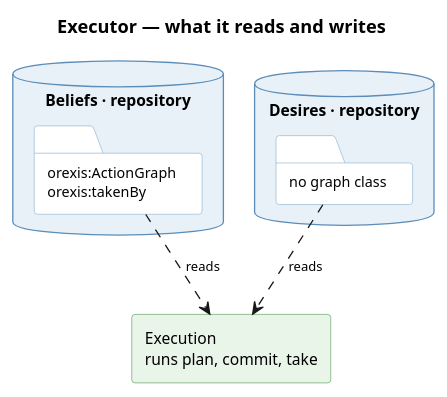
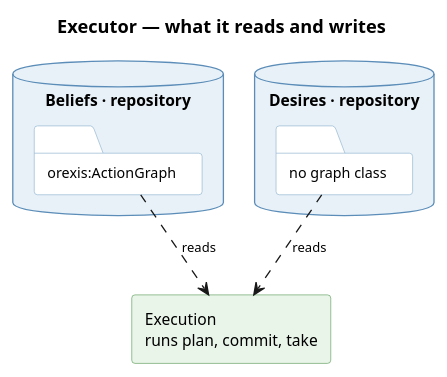
The diagram in knowledge/diagrams/service-executor.puml (ShishkinDmitriy/orexis), drawn with PlantUML before and after one commit. The commit also changed 23 other files, not shown here.

```diff
--- a/knowledge/diagrams/service-executor.puml
+++ b/knowledge/diagrams/service-executor.puml
@@ -1,38 +1,38 @@
 @startuml service-executor
 title Executor — what it reads and writes
 
 skinparam componentStyle rectangle
 skinparam shadowing false
 skinparam defaultFontSize 12
 skinparam titleFontSize 14
 skinparam ArrowFontSize 10
 skinparam database {
   BackgroundColor #E8F1F8
   BorderColor #5B8DB8
 }
 skinparam folder {
   BackgroundColor #FFFFFF
   BorderColor #8FB4D0
   FontSize 11
 }
 skinparam component {
   BackgroundColor #EAF5EA
   BorderColor #5E9E5E
 }
 
 
 database "Beliefs · repository" as BEL {
-  folder "orexis:ActionGraph\norexis:takenBy" as A
+  folder "orexis:ActionGraph" as A
 }
 
 database "Desires · repository" as DES {
   folder "no graph class" as X
 }
 
 component "Execution\nruns plan, commit, take" as EX
 
 
 A ..> EX : reads
 X ..> EX : reads
 
 @enduml
```
